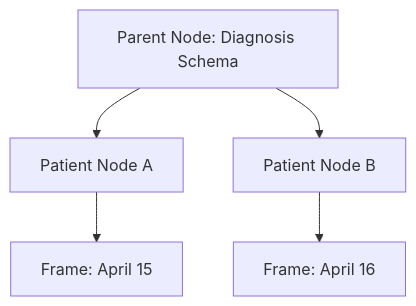
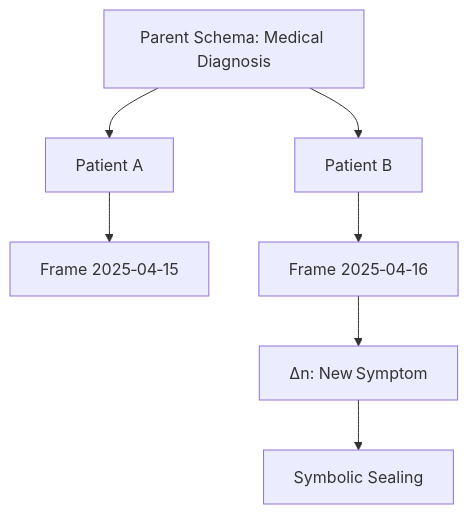
The fifth of 9 diagrams in README.md (Singularity-node0/ActiveGraphNetworks), drawn with Mermaid before and after one commit. The commit also changed other lines of this file and 39 other files, not shown here.

````diff
--- a/README.md
+++ b/README.md
@@ -371,8 +263,9 @@
 ```mermaid
 graph TD
-    Condition["Parent Node: Diagnosis Schema"]
-    Condition --> Patient1["Patient Node A"]
-    Condition --> Patient2["Patient Node B"]
-    Patient1 --> Frame1["Frame: April 15"]
-    Patient2 --> Frame2["Frame: April 16"]
+    Schema["Parent Schema: Medical Diagnosis"] --> Patient1["Patient A"]
+    Schema --> Patient2["Patient B"]
+    Patient1 --> Frame1["Frame 2025‑04‑15"]
+    Patient2 --> Frame2["Frame 2025‑04‑16"]
+    Frame2 --> Shift[Δn: New Symptom]
+    Shift --> Seal[Symbolic Sealing]
 ```
````
